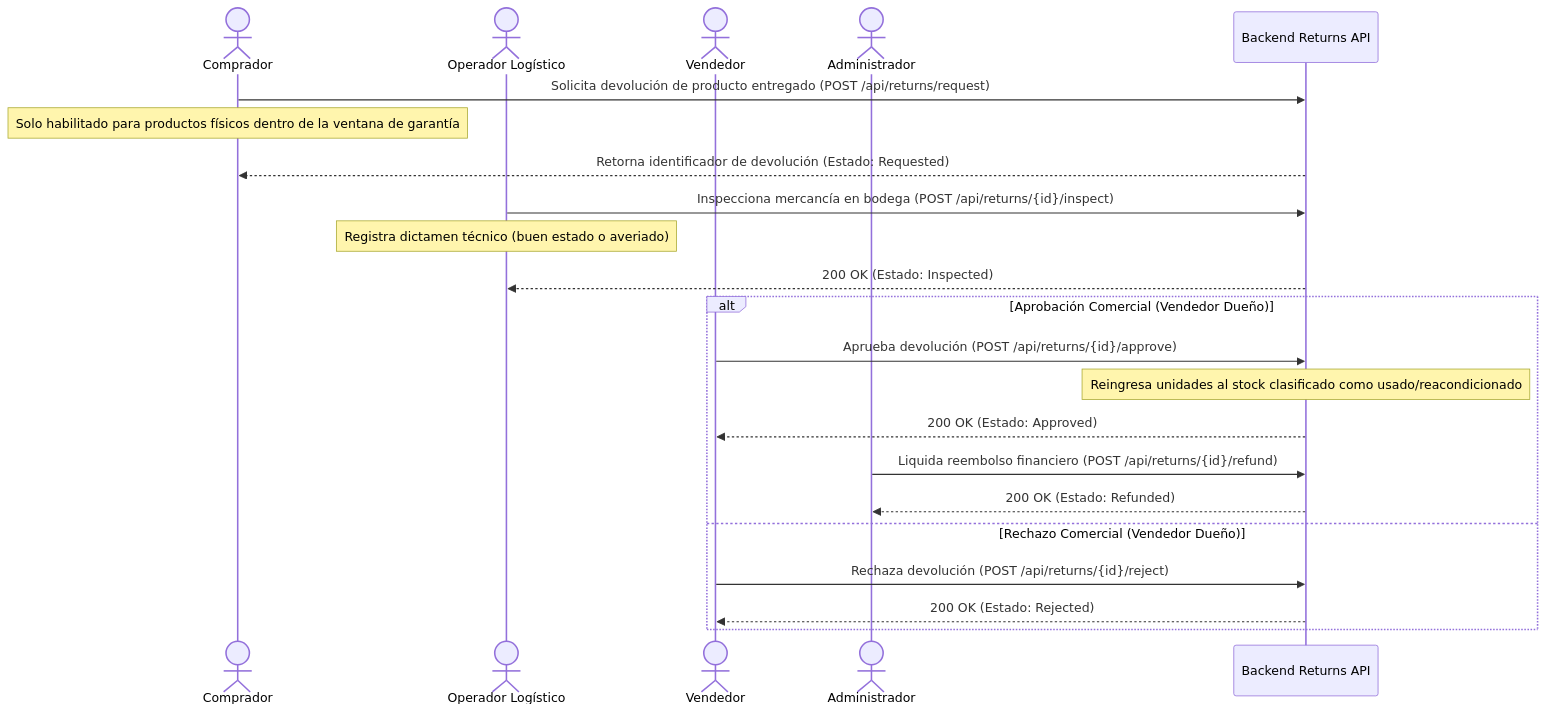
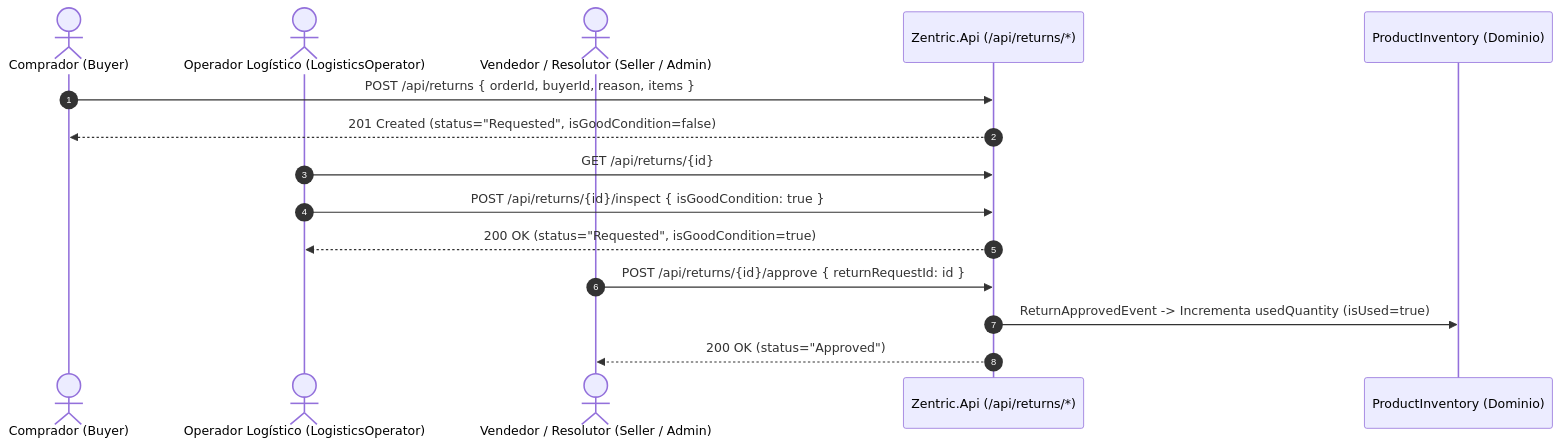
Before and after one commit to D-MachadoDev/Zentric: the fourth of 4 diagrams in frontendSDD/Frontend-User-Flows.md, drawn with Mermaid. The commit also changed other lines of this file and 11 other files, not shown here.

````diff
--- a/frontendSDD/Frontend-User-Flows.md
+++ b/frontendSDD/Frontend-User-Flows.md
@@ -146,25 +126,18 @@
 ```mermaid
 sequenceDiagram
-    actor Comprador
-    actor Operador as Operador Logístico
-    actor Vendedor
-    actor Admin as Administrador
-    participant API as Backend Returns API
+    autonumber
+    actor B as Comprador (Buyer)
+    actor L as Operador Logístico (LogisticsOperator)
+    actor S as Vendedor / Resolutor (Seller / Admin)
+    participant API as Zentric.Api (/api/returns/*)
+    participant INV as ProductInventory (Dominio)
 
-    Comprador->>API: Solicita devolución de producto entregado (POST /api/returns/request)
-    Note over Comprador: Solo habilitado para productos físicos dentro de la ventana de garantía
-    API-->>Comprador: Retorna identificador de devolución (Estado: Requested)
-    Operador->>API: Inspecciona mercancía en bodega (POST /api/returns/{id}/inspect)
-    Note over Operador: Registra dictamen técnico (buen estado o averiado)
-    API-->>Operador: 200 OK (Estado: Inspected)
-    alt Aprobación Comercial (Vendedor Dueño)
-        Vendedor->>API: Aprueba devolución (POST /api/returns/{id}/approve)
-        Note over API: Reingresa unidades al stock clasificado como usado/reacondicionado
-        API-->>Vendedor: 200 OK (Estado: Approved)
-        Admin->>API: Liquida reembolso financiero (POST /api/returns/{id}/refund)
-        API-->>Admin: 200 OK (Estado: Refunded)
-    else Rechazo Comercial (Vendedor Dueño)
-        Vendedor->>API: Rechaza devolución (POST /api/returns/{id}/reject)
-        API-->>Vendedor: 200 OK (Estado: Rejected)
-    end
+    B->>API: POST /api/returns { orderId, buyerId, reason, items }
+    API-->>B: 201 Created (status="Requested", isGoodCondition=false)
+    L->>API: GET /api/returns/{id}
+    L->>API: POST /api/returns/{id}/inspect { isGoodCondition: true }
+    API-->>L: 200 OK (status="Requested", isGoodCondition=true)
+    S->>API: POST /api/returns/{id}/approve { returnRequestId: id }
+    API->>INV: ReturnApprovedEvent -> Incrementa usedQuantity (isUsed=true)
+    API-->>S: 200 OK (status="Approved")
 ```
````
